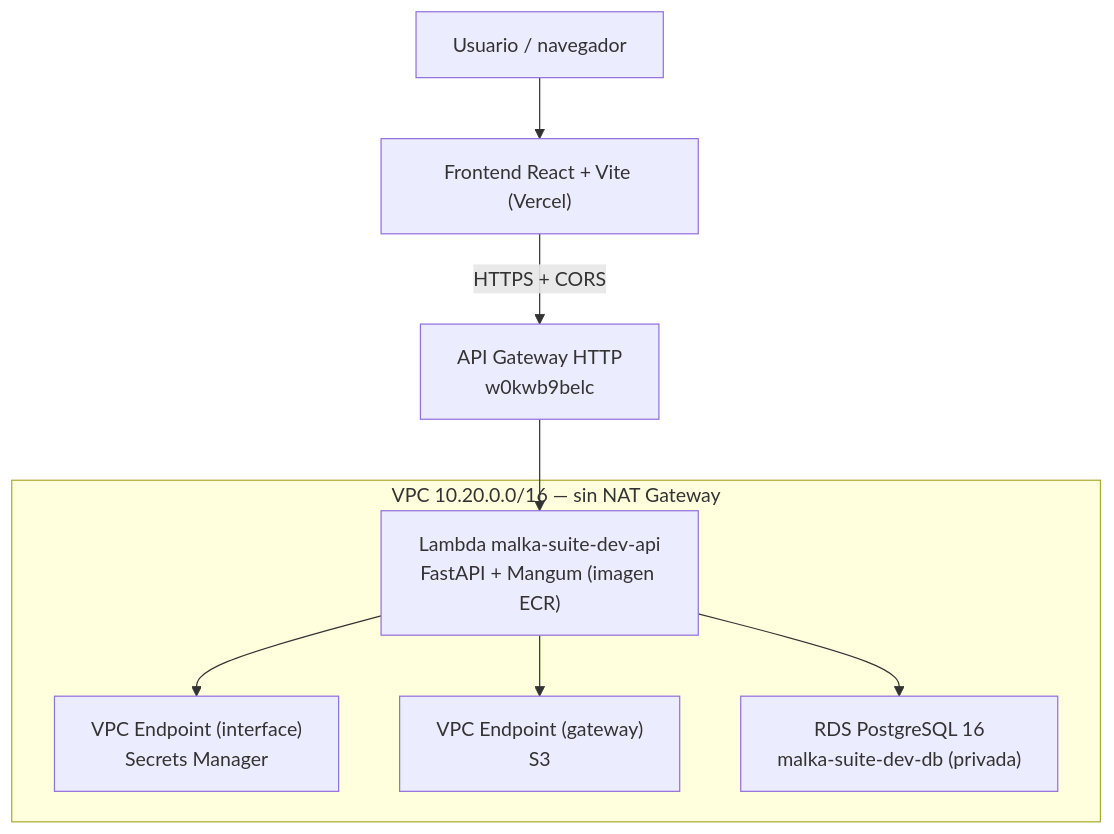
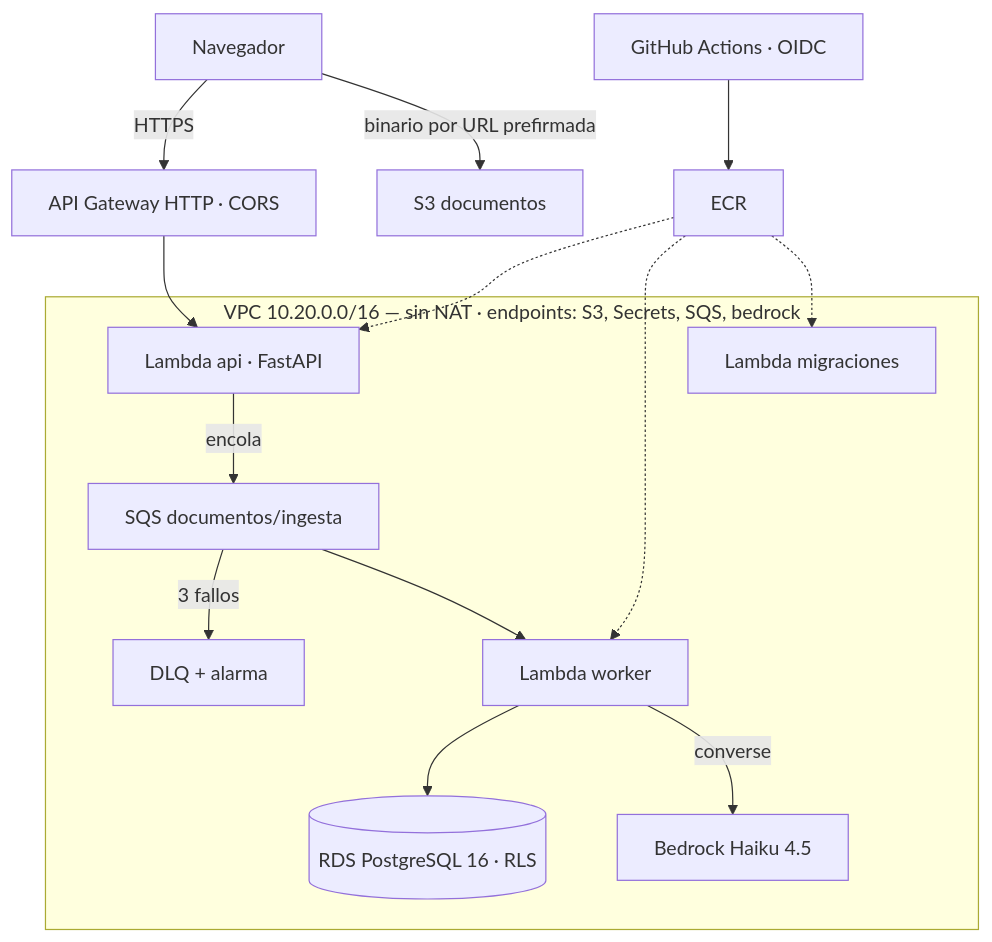
Before and after one commit to Reinas-Malka/backend-malka: the diagram in README.md, drawn with Mermaid. The commit also changed other lines of this file and 3 other files, not shown here.

````diff
--- a/README.md
+++ b/README.md
@@ -39,15 +41,17 @@
 ```mermaid
 flowchart TB
-    U["Usuario / navegador"] --> FE["Frontend React + Vite (Vercel)"]
-    FE -->|"HTTPS + CORS"| AGW["API Gateway HTTP<br/>w0kwb9belc"]
+    U["Navegador"] -->|"HTTPS"| AGW["API Gateway HTTP · CORS"]
     AGW --> L
-    subgraph VPC["VPC 10.20.0.0/16 — sin NAT Gateway"]
-        L["Lambda malka-suite-dev-api<br/>FastAPI + Mangum (imagen ECR)"]
-        VE1["VPC Endpoint (interface)<br/>Secrets Manager"]
-        VE2["VPC Endpoint (gateway)<br/>S3"]
-        DB["RDS PostgreSQL 16<br/>malka-suite-dev-db (privada)"]
-        L --> VE1
-        L --> VE2
-        L --> DB
+    U -->|"binario por URL prefirmada"| S3D["S3 documentos"]
+    subgraph VPC["VPC 10.20.0.0/16 — sin NAT · endpoints: S3, Secrets, SQS, bedrock"]
+        L["Lambda api · FastAPI"]
+        W["Lambda worker"]
+        M["Lambda migraciones"]
+        L -->|"encola"| SQS["SQS documentos/ingesta"]
+        SQS -->|"3 fallos"| DLQ["DLQ + alarma"]
+        SQS --> W
+        W --> DB[("RDS PostgreSQL 16 · RLS")]
+        W -->|"converse"| BR["Bedrock Haiku 4.5"]
     end
+    GH["GitHub Actions · OIDC"] --> ECR["ECR"] -.-> L & W & M
 ```
````
